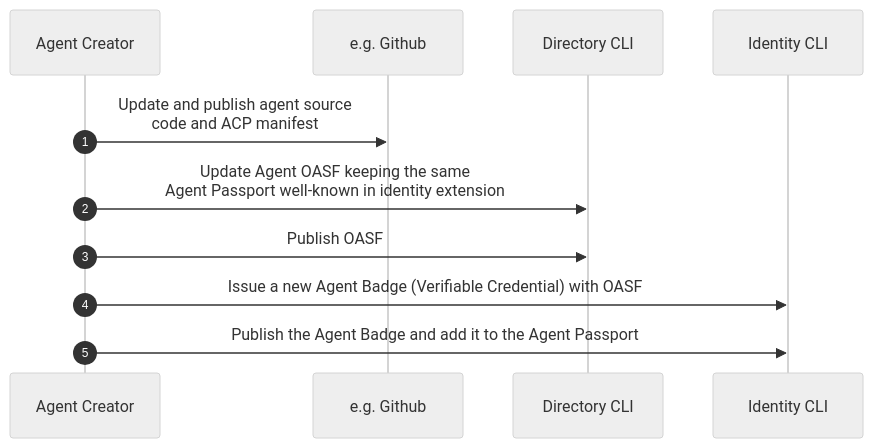
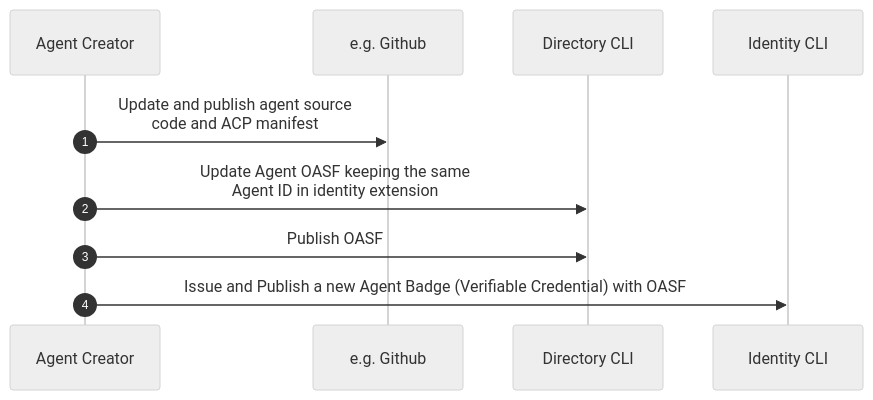
One commit to agntcy/identity-spec changed the second of 4 diagrams in docs-src/docs/specs/flows/agntcy_user.md. Above: the diagram before and after it, drawn with Mermaid (neutral theme). The commit also changed other lines of this file and 1 other file, not shown here.

Commit message:
fix: remove passport

````diff
--- a/docs-src/docs/specs/flows/agntcy_user.md
+++ b/docs-src/docs/specs/flows/agntcy_user.md
@@ -28,14 +26,12 @@
 ```mermaid
 sequenceDiagram
 autonumber
 
 Agent Creator->>e.g. Github: Update and publish agent source<br/>code and ACP manifest
 
-Agent Creator->>Directory CLI: Update Agent OASF keeping the same<br/>Agent Passport well-known in identity extension
+Agent Creator->>Directory CLI: Update Agent OASF keeping the same<br/>Agent ID in identity extension
 
 Agent Creator->>Directory CLI: Publish OASF
 
-Agent Creator->>Identity CLI: Issue a new Agent Badge (Verifiable Credential) with OASF
-
-Agent Creator->>Identity CLI: Publish the Agent Badge and add it to the Agent Passport
+Agent Creator->>Identity CLI: Issue and Publish a new Agent Badge (Verifiable Credential) with OASF
 ```
````
